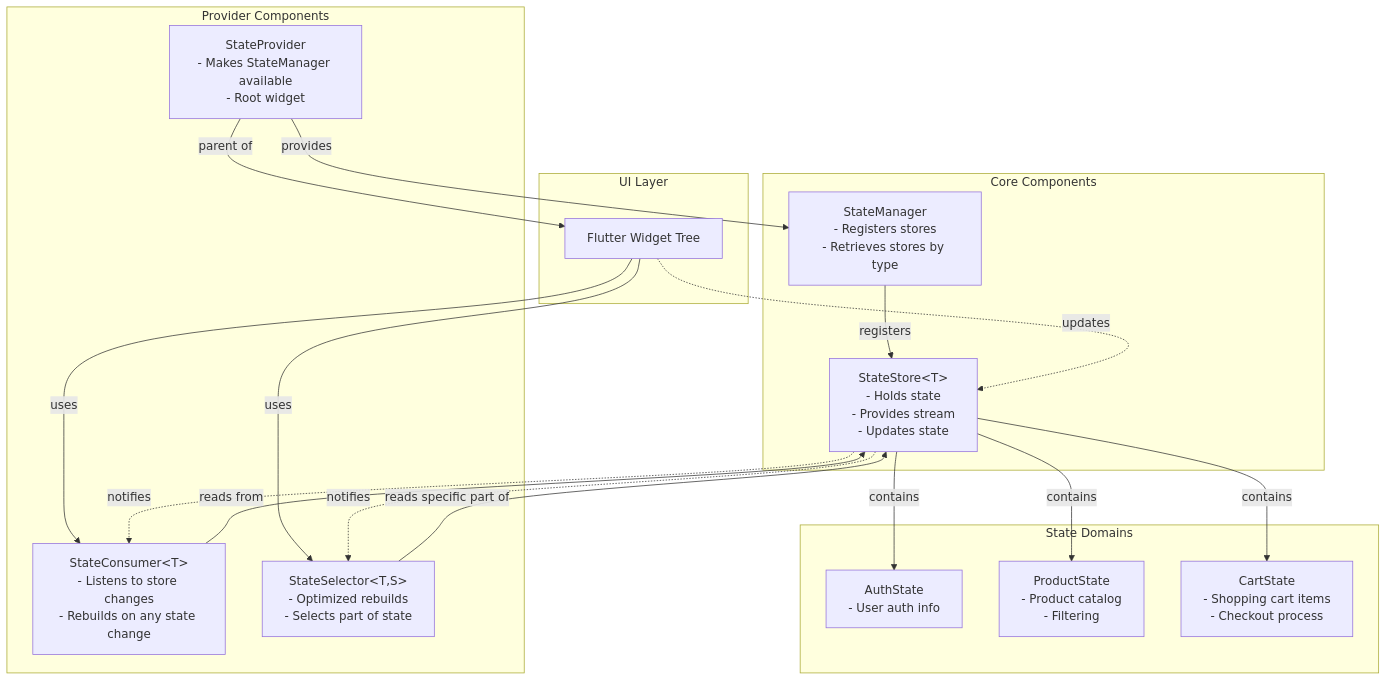
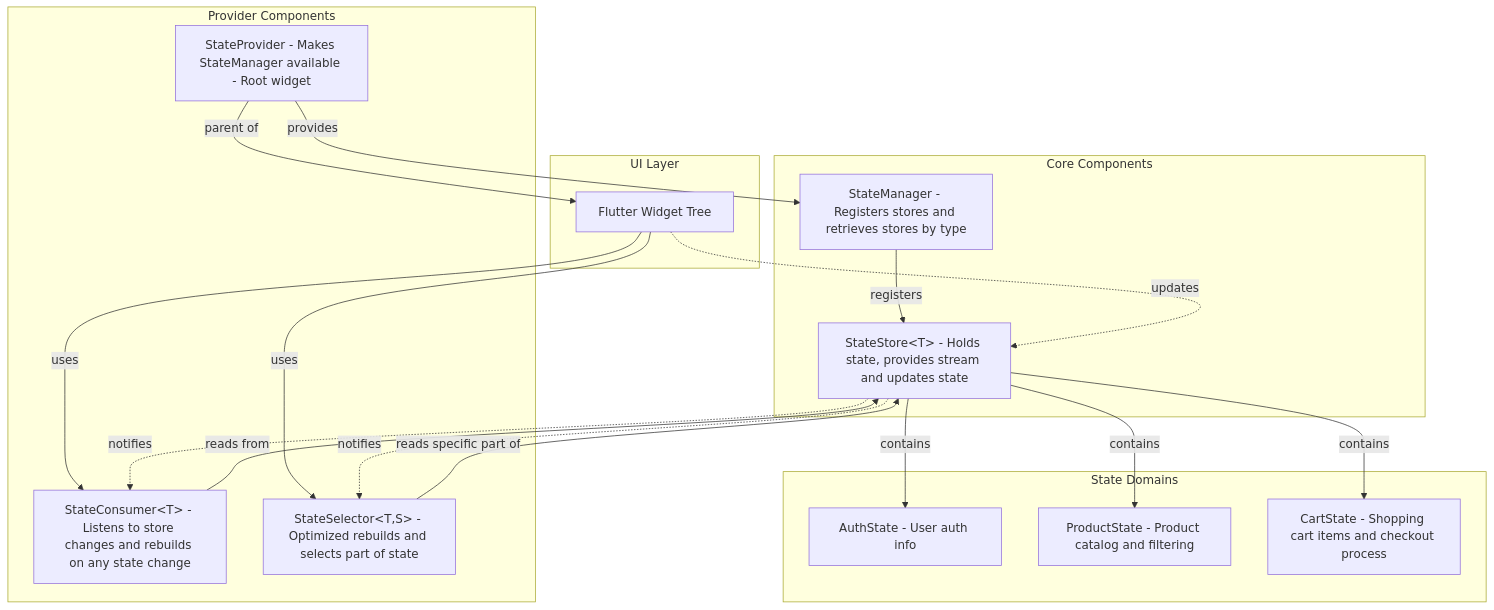
The diagram in README.md (dartfoundry/state_management_example), drawn with Mermaid before and after one commit.

Commit message:
update mermaid diagram

````diff
--- a/README.md
+++ b/README.md
@@ -31,44 +31,44 @@
 ```mermaid
 graph TD
     subgraph "Core Components"
-        StateStore["StateStore&lt;T&gt;\n- Holds state\n- Provides stream\n- Updates state"]
-        StateManager["StateManager\n- Registers stores\n- Retrieves stores by type"]
+        StateStore["StateStore&lt;T&gt; - Holds state, provides stream and updates state"]
+        StateManager["StateManager - Registers stores and retrieves stores by type"]
     end
 
     subgraph "Provider Components"
-        StateProvider["StateProvider\n- Makes StateManager available\n- Root widget"]
-        StateConsumer["StateConsumer&lt;T&gt;\n- Listens to store changes\n- Rebuilds on any state change"]
-        StateSelector["StateSelector&lt;T,S&gt;\n- Optimized rebuilds\n- Selects part of state"]
+        StateProvider["StateProvider - Makes StateManager available - Root widget"]
+        StateConsumer["StateConsumer&lt;T&gt; - Listens to store changes and rebuilds on any state change"]
+        StateSelector["StateSelector&lt;T,S&gt; - Optimized rebuilds and selects part of state"]
     end
 
     subgraph "State Domains"
-        AuthState["AuthState\n- User auth info"]
-        ProductState["ProductState\n- Product catalog\n- Filtering"]
-        CartState["CartState\n- Shopping cart items\n- Checkout process"]
+        AuthState["AuthState - User auth info"]
+        ProductState["ProductState - Product catalog and filtering"]
+        CartState["CartState - Shopping cart items and checkout process"]
     end
 
     subgraph "UI Layer"
         WidgetTree["Flutter Widget Tree"]
     end
 
     %% Relationships
     StateManager -->|registers| StateStore
     StateStore -->|contains| AuthState
     StateStore -->|contains| ProductState
     StateStore -->|contains| CartState
 
     StateProvider -->|provides| StateManager
     StateProvider -->|parent of| WidgetTree
 
     WidgetTree -->|uses| StateConsumer
     WidgetTree -->|uses| StateSelector
 
     StateConsumer -->|reads from| StateStore
     StateSelector -->|reads specific part of| StateStore
 
     %% Data flow
     StateStore -.->|notifies| StateConsumer
     StateStore -.->|notifies| StateSelector
 
     WidgetTree -.->|updates| StateStore
 ```
````
